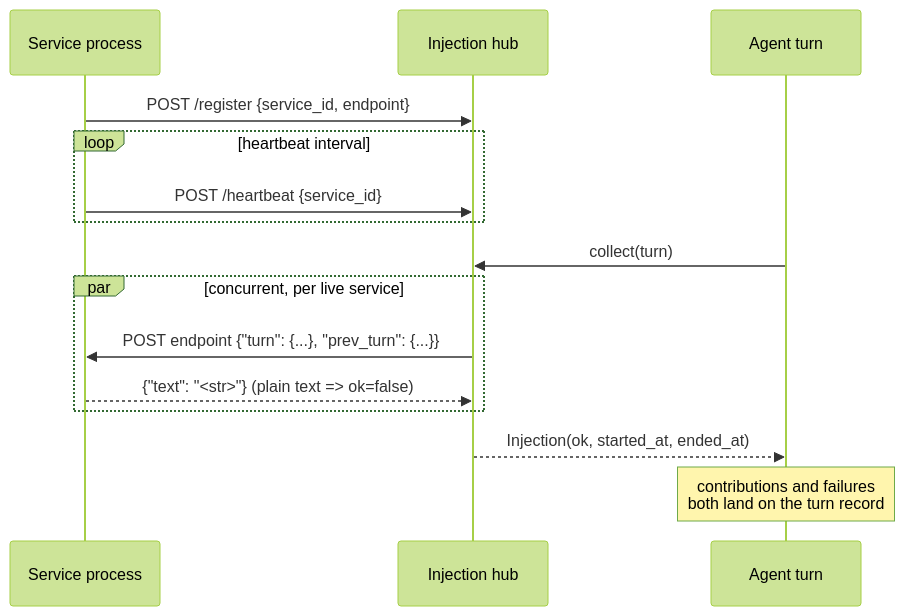
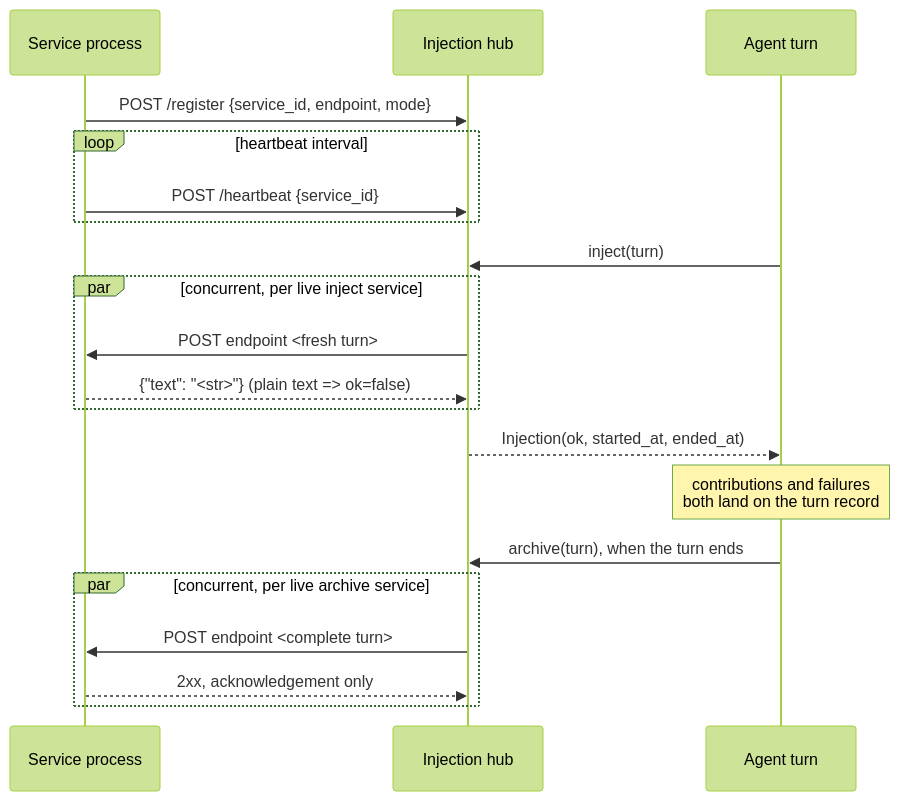
One commit to DarkSpaceY/NAN-itself changed the sixth of 7 diagrams in docs/for-contributors/architecture.md. Above: the diagram before and after it, drawn with Mermaid (forest theme). The commit also changed other lines of this file and 21 other files, not shown here.

First line of the commit message:
refactor(injection): 拆成 inject / archive 两条投递通道

````diff
--- a/docs/for-contributors/architecture.md
+++ b/docs/for-contributors/architecture.md
@@ -145,18 +145,23 @@
 ```mermaid
 sequenceDiagram
     participant S as Service process
     participant H as Injection hub
     participant A as Agent turn
 
-    S->>H: POST /register {service_id, endpoint}
+    S->>H: POST /register {service_id, endpoint, mode}
     loop heartbeat interval
         S->>H: POST /heartbeat {service_id}
     end
-    A->>H: collect(turn)
-    par concurrent, per live service
-        H->>S: POST endpoint {"turn": {...}, "prev_turn": {...}}
+    A->>H: inject(turn)
+    par concurrent, per live inject service
+        H->>S: POST endpoint <fresh turn>
         S-->>H: {"text": "<str>"} (plain text => ok=false)
     end
     H-->>A: Injection(ok, started_at, ended_at)
     note over A: contributions and failures<br/>both land on the turn record
+    A->>H: archive(turn), when the turn ends
+    par concurrent, per live archive service
+        H->>S: POST endpoint <complete turn>
+        S-->>H: 2xx, acknowledgement only
+    end
 ```
````
